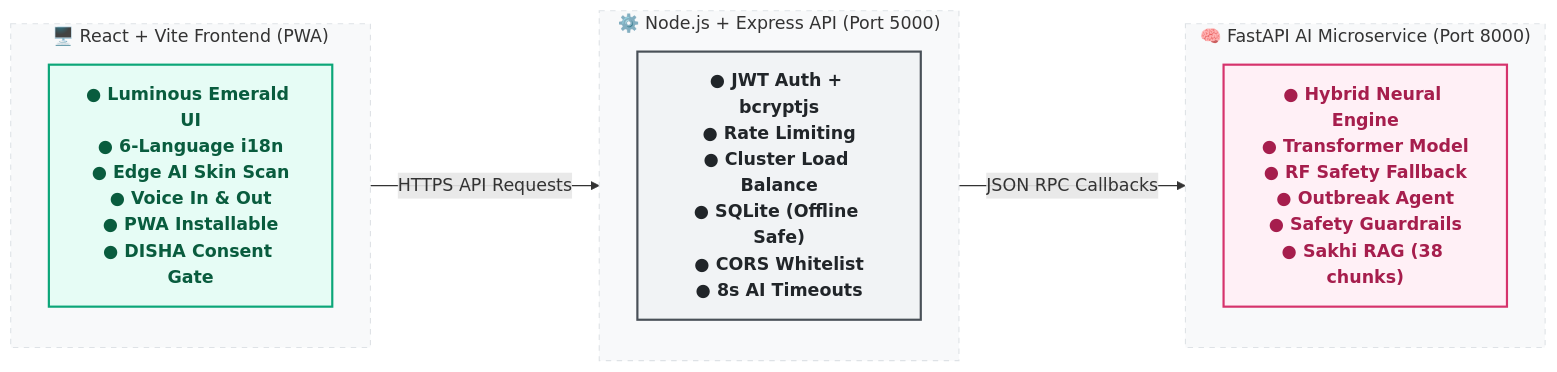
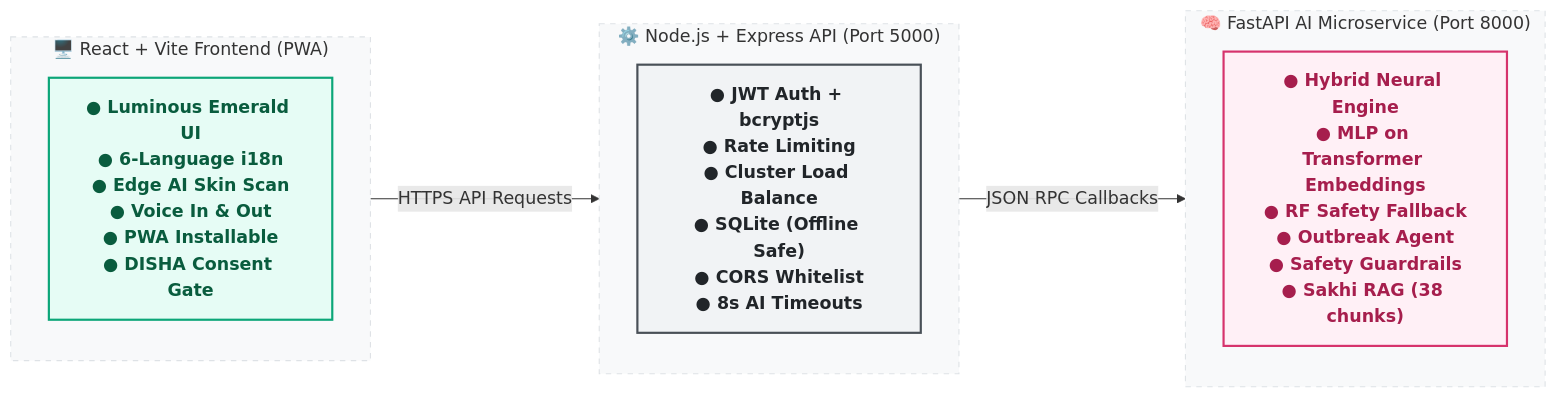
The diagram in README.md (tejshveeyerpurwad-hash/IRHCP-SwasthAI-Guardian), drawn with Mermaid before and after one commit. The commit also changed other lines of this file and 6 other files, not shown here.

````diff
--- a/README.md
+++ b/README.md
@@ -83,27 +83,27 @@
 ```mermaid
 graph LR
     subgraph Frontend ["🖥️ React + Vite Frontend (PWA)"]
         A["● Luminous Emerald UI<br>● 6-Language i18n<br>● Edge AI Skin Scan<br>● Voice In & Out<br>● PWA Installable<br>● DISHA Consent Gate"]
     end
 
     subgraph Backend ["⚙️ Node.js + Express API (Port 5000)"]
         B["● JWT Auth + bcryptjs<br>● Rate Limiting<br>● Cluster Load Balance<br>● SQLite (Offline Safe)<br>● CORS Whitelist<br>● 8s AI Timeouts"]
     end
 
     subgraph AIService ["🧠 FastAPI AI Microservice (Port 8000)"]
-        C["● Hybrid Neural Engine<br>● Transformer Model<br>● RF Safety Fallback<br>● Outbreak Agent<br>● Safety Guardrails<br>● Sakhi RAG (38 chunks)"]
+        C["● Hybrid Neural Engine<br>● MLP on Transformer Embeddings<br>● RF Safety Fallback<br>● Outbreak Agent<br>● Safety Guardrails<br>● Sakhi RAG (38 chunks)"]
     end
 
     Frontend -->|HTTPS API Requests| Backend
     Backend -->|JSON RPC Callbacks| AIService
 
     classDef front fill:#e6fcf5,stroke:#0ca678,stroke-width:2px,color:#095c3e,font-weight:bold;
     classDef back fill:#f1f3f5,stroke:#495057,stroke-width:2px,color:#212529,font-weight:bold;
     classDef ai fill:#fff0f6,stroke:#d6336c,stroke-width:2px,color:#a61e4d,font-weight:bold;
     classDef sub fill:#f8f9fa,stroke:#dee2e6,stroke-width:1px,stroke-dasharray: 5 5;
 
     class A front;
     class B back;
     class C ai;
     class Frontend,Backend,AIService sub;
 ```
````
